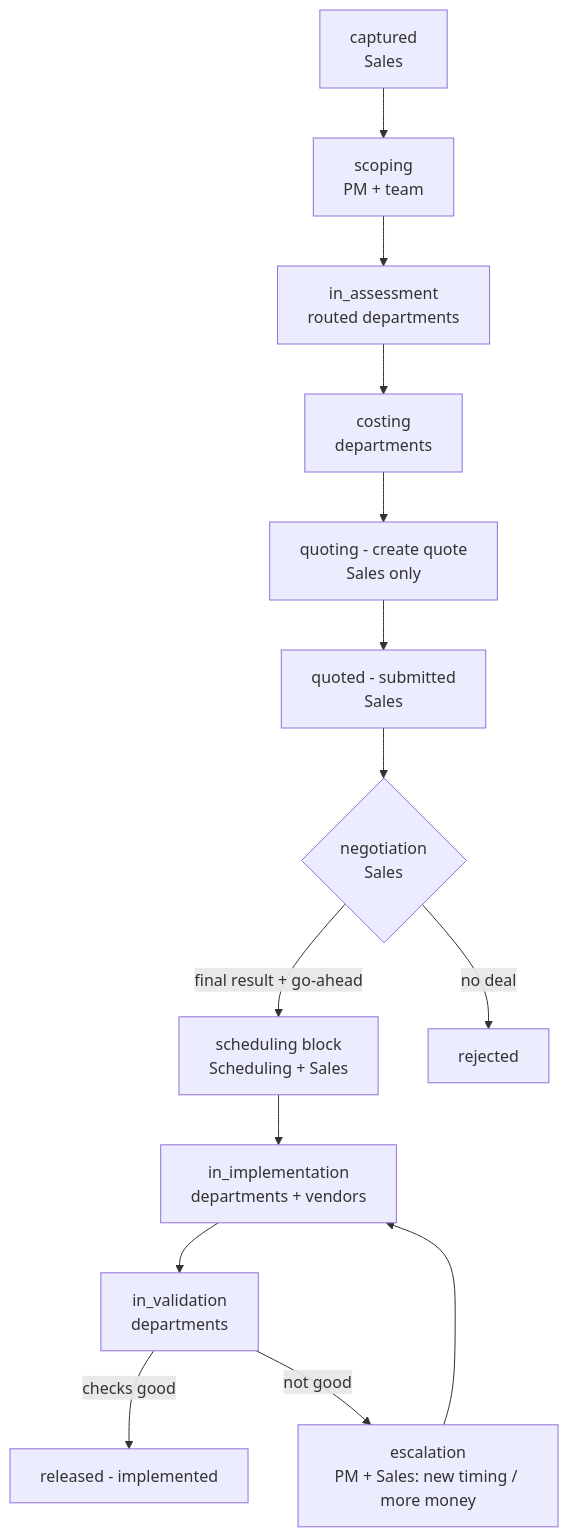
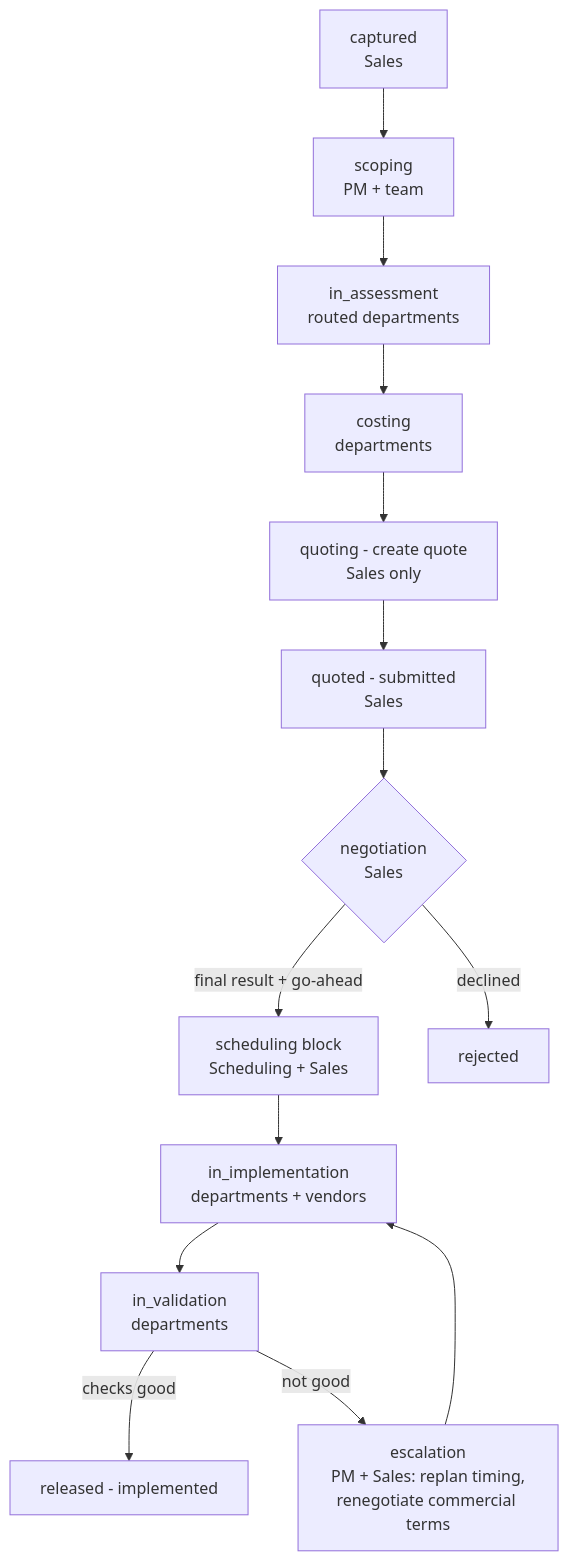
One commit to chremmler777/PLM2 changed the diagram in docs/ECR_PROCESS_MAP.md. Above: the diagram before and after it, drawn with Mermaid. The commit also changed other lines of this file, not shown here.

Commit message:
docs(map): professional escalation wording — replan timing, renegotiate commercial terms
Claude-Session: https://claude.ai/code/session_01UW6gCwTzJGjXkKq6Wh9oyT

````diff
--- a/docs/ECR_PROCESS_MAP.md
+++ b/docs/ECR_PROCESS_MAP.md
@@ -10,16 +10,17 @@
 ```mermaid
 flowchart TD
     A[captured\nSales] --> B[scoping\nPM + team]
     B --> C[in_assessment\nrouted departments]
     C --> D[costing\ndepartments]
     D --> E[quoting - create quote\nSales only]
     E --> F[quoted - submitted\nSales]
     F --> G{negotiation\nSales}
     G -->|final result + go-ahead| H[scheduling block\nScheduling + Sales]
-    G -->|no deal| X[rejected]
+    G -->|declined| X[rejected]
     H --> I[in_implementation\ndepartments + vendors]
     I --> J[in_validation\ndepartments]
     J -->|checks good| K[released - implemented]
-    J -->|not good| L[escalation\nPM + Sales: new timing / more money]
+    J -->|not good| L[escalation\nPM + Sales: replan timing,
+renegotiate commercial terms]
     L --> I
 ```
````
